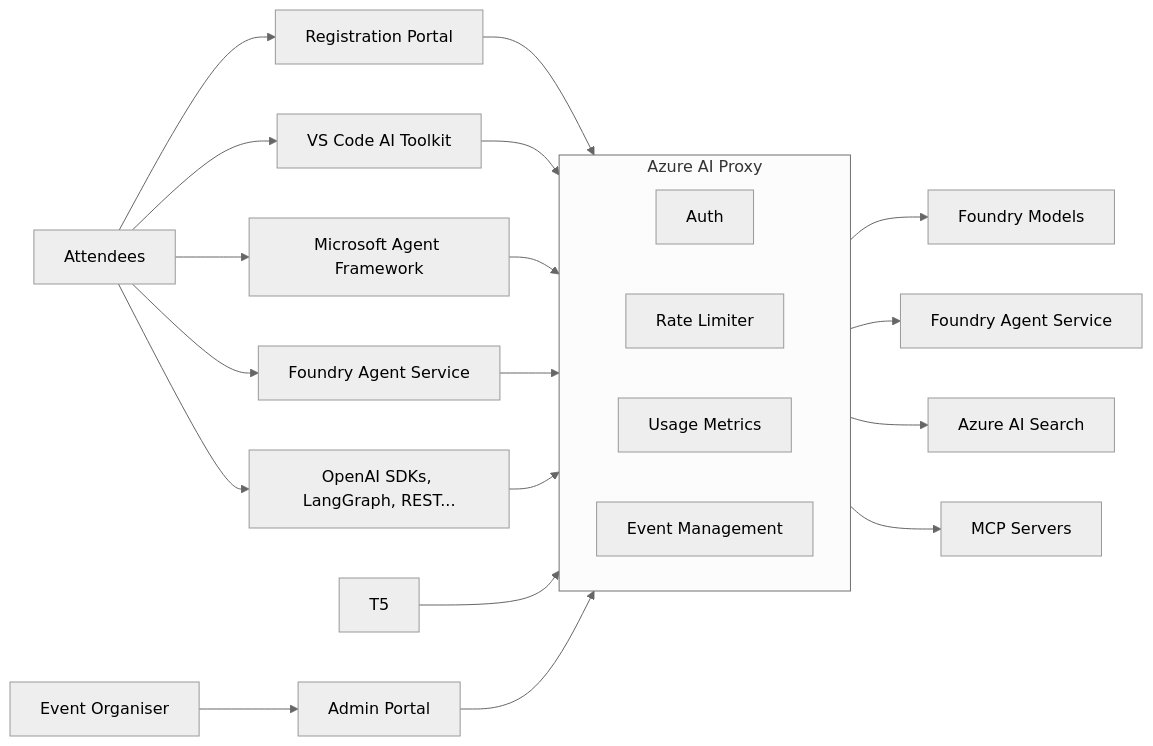
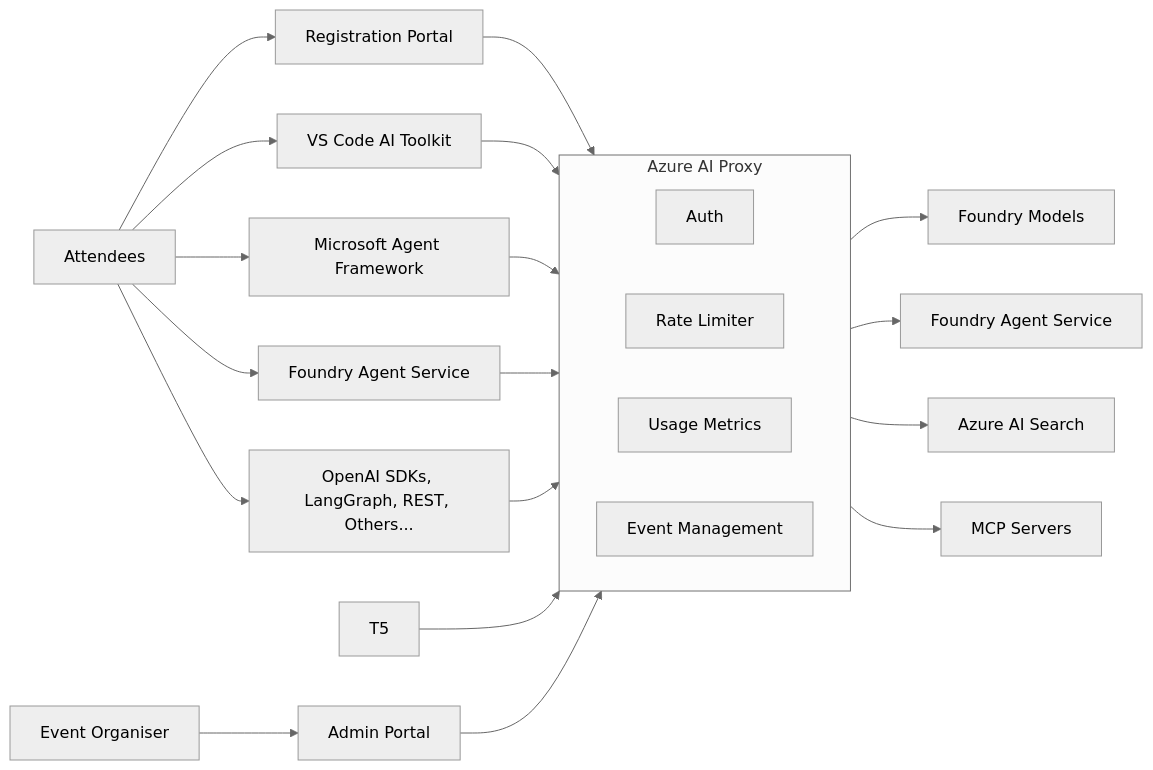
One commit to gloveboxes/azure-ai-proxy-lite changed the diagram in docs/docs/index.md. Above: the diagram before and after it, drawn with Mermaid (neutral theme). The commit also changed 1 other file, not shown here.

````diff
--- a/docs/docs/index.md
+++ b/docs/docs/index.md
@@ -11,31 +11,31 @@
 ```mermaid
 graph LR
     Attendees --> Reg[Registration Portal]
     Attendees --> T1[VS Code AI Toolkit]
     Attendees --> T2[Microsoft Agent Framework]
     Attendees --> T3[Foundry Agent Service]
-    Attendees --> T4[OpenAI SDKs, LangGraph, REST...]
+    Attendees --> T4[OpenAI SDKs, LangGraph, REST, Others...]
 
     Organiser[Event Organiser] --> Admin[Admin Portal]
 
     Reg --> Azure_AI_Proxy
     T1 --> Azure_AI_Proxy
     T2 --> Azure_AI_Proxy
     T3 --> Azure_AI_Proxy
     T4 --> Azure_AI_Proxy
     T5 --> Azure_AI_Proxy
     Admin --> Azure_AI_Proxy
 
     subgraph Azure_AI_Proxy[Azure AI Proxy]
         direction LR
         P1[Auth]
         P2[Rate Limiter]
         P3[Usage Metrics]
         P4[Event Management]
     end
 
     Azure_AI_Proxy --> A1[Foundry Models]
     Azure_AI_Proxy --> A2[Foundry Agent Service]
     Azure_AI_Proxy --> A3[Azure AI Search]
     Azure_AI_Proxy --> A4[MCP Servers]
 ```
````
